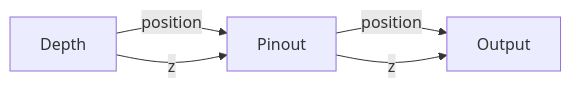
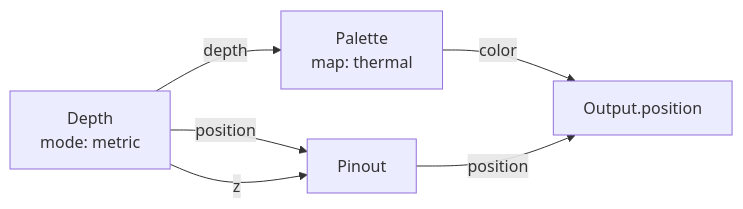
Before and after one commit to AristidesAI/Points: the first of 3 diagrams in docs/getting-started.md, drawn with Mermaid. The commit also changed other lines of this file and 127 other files, not shown here.

````diff
--- a/docs/getting-started.md
+++ b/docs/getting-started.md
@@ -43,7 +99,8 @@
 ```mermaid
 graph LR
-    D[Depth] -->|position| P[Pinout]
-    D -->|z| P
-    P -->|position| O[Output]
-    P -->|z| O
+    depth[Depth<br/>mode: metric] -->|"depth"| palette[Palette<br/>map: thermal]
+    palette -->|"color"| output[Output.color]
+    depth -->|"position"| pinout[Pinout]
+    depth -->|"z"| pinout
+    pinout -->|"position"| output[Output.position]
 ```
````
